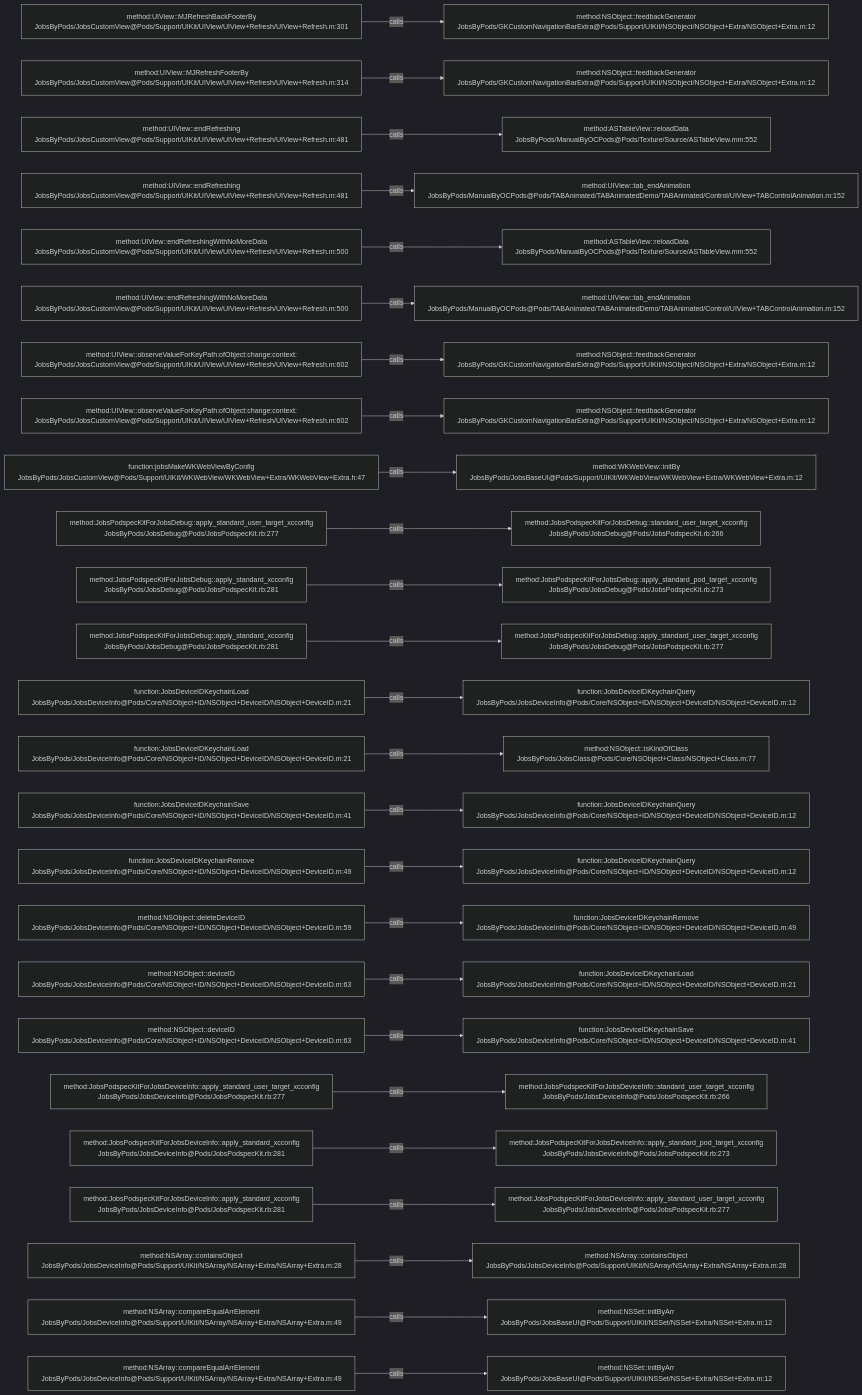
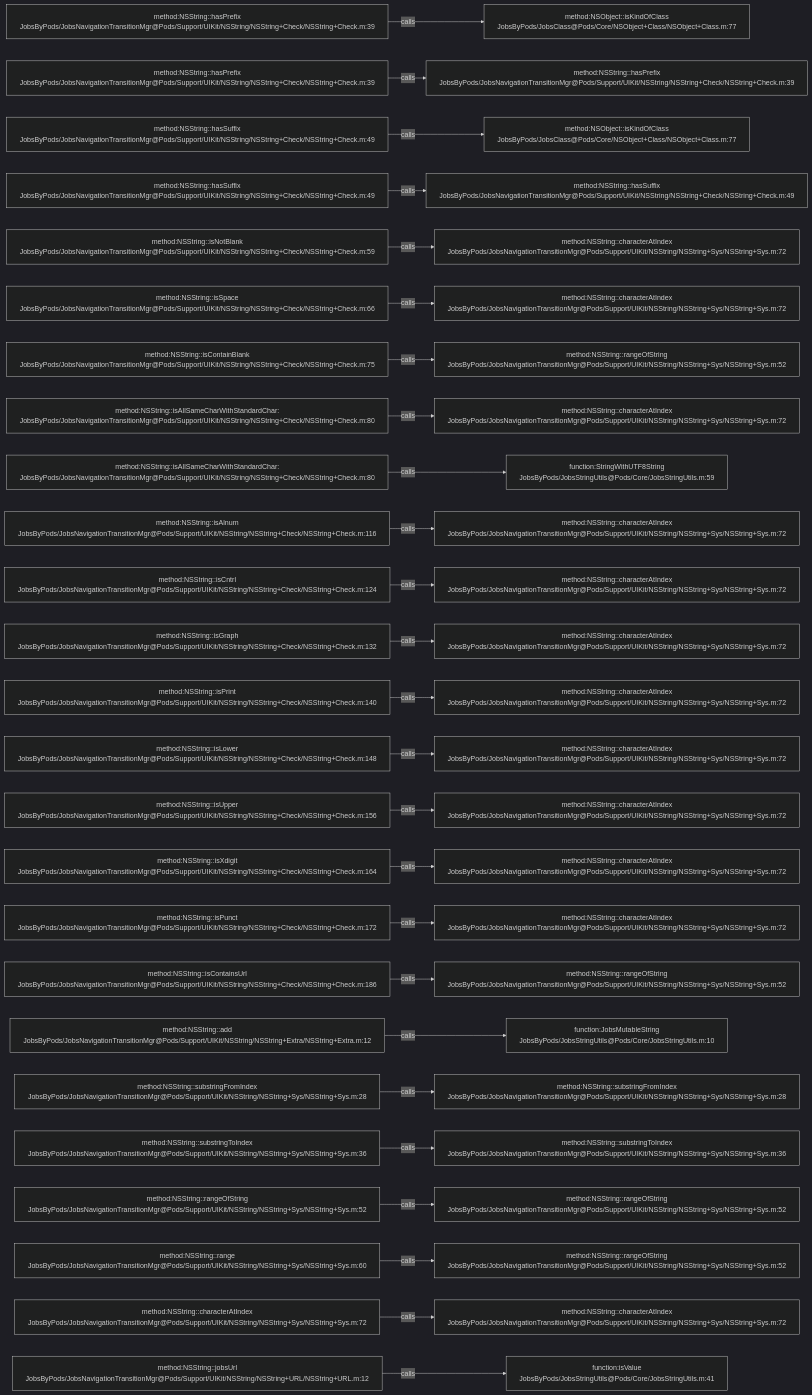
Before and after one commit to JobsKits/JobsOCBaseConfigDemo: the diagram in .codegraph/codegraph.md/graphs/calls-088.md, drawn with Mermaid (dark theme). The commit also changed 573 other files, not shown here.

````diff
--- a/.codegraph/codegraph.md/graphs/calls-088.md
+++ b/.codegraph/codegraph.md/graphs/calls-088.md
@@ -13,78 +13,78 @@
 ```mermaid
 flowchart LR
-  S1["method:UIView::MJRefreshBackFooterBy<br/>JobsByPods/JobsCustomView@Pods/Support/UIKit/UIView/UIView+Refresh/UIView+Refresh.m:301"]
-  T1["method:NSObject::feedbackGenerator<br/>JobsByPods/GKCustomNavigationBarExtra@Pods/Support/UIKit/NSObject/NSObject+Extra/NSObject+Extra.m:12"]
+  S1["method:NSString::hasPrefix<br/>JobsByPods/JobsNavigationTransitionMgr@Pods/Support/UIKit/NSString/NSString+Check/NSString+Check.m:39"]
+  T1["method:NSObject::isKindOfClass<br/>JobsByPods/JobsClass@Pods/Core/NSObject+Class/NSObject+Class.m:77"]
   S1 -->|calls| T1
-  S2["method:UIView::MJRefreshFooterBy<br/>JobsByPods/JobsCustomView@Pods/Support/UIKit/UIView/UIView+Refresh/UIView+Refresh.m:314"]
-  T2["method:NSObject::feedbackGenerator<br/>JobsByPods/GKCustomNavigationBarExtra@Pods/Support/UIKit/NSObject/NSObject+Extra/NSObject+Extra.m:12"]
+  S2["method:NSString::hasPrefix<br/>JobsByPods/JobsNavigationTransitionMgr@Pods/Support/UIKit/NSString/NSString+Check/NSString+Check.m:39"]
+  T2["method:NSString::hasPrefix<br/>JobsByPods/JobsNavigationTransitionMgr@Pods/Support/UIKit/NSString/NSString+Check/NSString+Check.m:39"]
   S2 -->|calls| T2
-  S3["method:UIView::endRefreshing<br/>JobsByPods/JobsCustomView@Pods/Support/UIKit/UIView/UIView+Refresh/UIView+Refresh.m:481"]
-  T3["method:ASTableView::reloadData<br/>JobsByPods/ManualByOCPods@Pods/Texture/Source/ASTableView.mm:552"]
+  S3["method:NSString::hasSuffix<br/>JobsByPods/JobsNavigationTransitionMgr@Pods/Support/UIKit/NSString/NSString+Check/NSString+Check.m:49"]
+  T3["method:NSObject::isKindOfClass<br/>JobsByPods/JobsClass@Pods/Core/NSObject+Class/NSObject+Class.m:77"]
   S3 -->|calls| T3
-  S4["method:UIView::endRefreshing<br/>JobsByPods/JobsCustomView@Pods/Support/UIKit/UIView/UIView+Refresh/UIView+Refresh.m:481"]
-  T4["method:UIView::tab_endAnimation<br/>JobsByPods/ManualByOCPods@Pods/TABAnimated/TABAnimatedDemo/TABAnimated/Control/UIView+TABControlAnimation.m:152"]
+  S4["method:NSString::hasSuffix<br/>JobsByPods/JobsNavigationTransitionMgr@Pods/Support/UIKit/NSString/NSString+Check/NSString+Check.m:49"]
+  T4["method:NSString::hasSuffix<br/>JobsByPods/JobsNavigationTransitionMgr@Pods/Support/UIKit/NSString/NSString+Check/NSString+Check.m:49"]
   S4 -->|calls| T4
-  S5["method:UIView::endRefreshingWithNoMoreData<br/>JobsByPods/JobsCustomView@Pods/Support/UIKit/UIView/UIView+Refresh/UIView+Refresh.m:500"]
-  T5["method:ASTableView::reloadData<br/>JobsByPods/ManualByOCPods@Pods/Texture/Source/ASTableView.mm:552"]
+  S5["method:NSString::isNotBlank<br/>JobsByPods/JobsNavigationTransitionMgr@Pods/Support/UIKit/NSString/NSString+Check/NSString+Check.m:59"]
+  T5["method:NSString::characterAtIndex<br/>JobsByPods/JobsNavigationTransitionMgr@Pods/Support/UIKit/NSString/NSString+Sys/NSString+Sys.m:72"]
   S5 -->|calls| T5
-  S6["method:UIView::endRefreshingWithNoMoreData<br/>JobsByPods/JobsCustomView@Pods/Support/UIKit/UIView/UIView+Refresh/UIView+Refresh.m:500"]
-  T6["method:UIView::tab_endAnimation<br/>JobsByPods/ManualByOCPods@Pods/TABAnimated/TABAnimatedDemo/TABAnimated/Control/UIView+TABControlAnimation.m:152"]
+  S6["method:NSString::isSpace<br/>JobsByPods/JobsNavigationTransitionMgr@Pods/Support/UIKit/NSString/NSString+Check/NSString+Check.m:66"]
+  T6["method:NSString::characterAtIndex<br/>JobsByPods/JobsNavigationTransitionMgr@Pods/Support/UIKit/NSString/NSString+Sys/NSString+Sys.m:72"]
   S6 -->|calls| T6
-  S7["method:UIView::observeValueForKeyPath:ofObject:change:context:<br/>JobsByPods/JobsCustomView@Pods/Support/UIKit/UIView/UIView+Refresh/UIView+Refresh.m:602"]
-  T7["method:NSObject::feedbackGenerator<br/>JobsByPods/GKCustomNavigationBarExtra@Pods/Support/UIKit/NSObject/NSObject+Extra/NSObject+Extra.m:12"]
+  S7["method:NSString::isContainBlank<br/>JobsByPods/JobsNavigationTransitionMgr@Pods/Support/UIKit/NSString/NSString+Check/NSString+Check.m:75"]
+  T7["method:NSString::rangeOfString<br/>JobsByPods/JobsNavigationTransitionMgr@Pods/Support/UIKit/NSString/NSString+Sys/NSString+Sys.m:52"]
   S7 -->|calls| T7
-  S8["method:UIView::observeValueForKeyPath:ofObject:change:context:<br/>JobsByPods/JobsCustomView@Pods/Support/UIKit/UIView/UIView+Refresh/UIView+Refresh.m:602"]
-  T8["method:NSObject::feedbackGenerator<br/>JobsByPods/GKCustomNavigationBarExtra@Pods/Support/UIKit/NSObject/NSObject+Extra/NSObject+Extra.m:12"]
+  S8["method:NSString::isAllSameCharWithStandardChar:<br/>JobsByPods/JobsNavigationTransitionMgr@Pods/Support/UIKit/NSString/NSString+Check/NSString+Check.m:80"]
+  T8["method:NSString::characterAtIndex<br/>JobsByPods/JobsNavigationTransitionMgr@Pods/Support/UIKit/NSString/NSString+Sys/NSString+Sys.m:72"]
   S8 -->|calls| T8
-  S9["function:jobsMakeWKWebViewByConfig<br/>JobsByPods/JobsCustomView@Pods/Support/UIKit/WKWebView/WKWebView+Extra/WKWebView+Extra.h:47"]
-  T9["method:WKWebView::initBy<br/>JobsByPods/JobsBaseUI@Pods/Support/UIKit/WKWebView/WKWebView+Extra/WKWebView+Extra.m:12"]
+  S9["method:NSString::isAllSameCharWithStandardChar:<br/>JobsByPods/JobsNavigationTransitionMgr@Pods/Support/UIKit/NSString/NSString+Check/NSString+Check.m:80"]
+  T9["function:StringWithUTF8String<br/>JobsByPods/JobsStringUtils@Pods/Core/JobsStringUtils.m:59"]
   S9 -->|calls| T9
-  S10["method:JobsPodspecKitForJobsDebug::apply_standard_user_target_xcconfig<br/>JobsByPods/JobsDebug@Pods/JobsPodspecKit.rb:277"]
-  T10["method:JobsPodspecKitForJobsDebug::standard_user_target_xcconfig<br/>JobsByPods/JobsDebug@Pods/JobsPodspecKit.rb:266"]
+  S10["method:NSString::isAlnum<br/>JobsByPods/JobsNavigationTransitionMgr@Pods/Support/UIKit/NSString/NSString+Check/NSString+Check.m:116"]
+  T10["method:NSString::characterAtIndex<br/>JobsByPods/JobsNavigationTransitionMgr@Pods/Support/UIKit/NSString/NSString+Sys/NSString+Sys.m:72"]
   S10 -->|calls| T10
-  S11["method:JobsPodspecKitForJobsDebug::apply_standard_xcconfig<br/>JobsByPods/JobsDebug@Pods/JobsPodspecKit.rb:281"]
-  T11["method:JobsPodspecKitForJobsDebug::apply_standard_pod_target_xcconfig<br/>JobsByPods/JobsDebug@Pods/JobsPodspecKit.rb:273"]
+  S11["method:NSString::isCntrl<br/>JobsByPods/JobsNavigationTransitionMgr@Pods/Support/UIKit/NSString/NSString+Check/NSString+Check.m:124"]
+  T11["method:NSString::characterAtIndex<br/>JobsByPods/JobsNavigationTransitionMgr@Pods/Support/UIKit/NSString/NSString+Sys/NSString+Sys.m:72"]
   S11 -->|calls| T11
-  S12["method:JobsPodspecKitForJobsDebug::apply_standard_xcconfig<br/>JobsByPods/JobsDebug@Pods/JobsPodspecKit.rb:281"]
-  T12["method:JobsPodspecKitForJobsDebug::apply_standard_user_target_xcconfig<br/>JobsByPods/JobsDebug@Pods/JobsPodspecKit.rb:277"]
+  S12["method:NSString::isGraph<br/>JobsByPods/JobsNavigationTransitionMgr@Pods/Support/UIKit/NSString/NSString+Check/NSString+Check.m:132"]
+  T12["method:NSString::characterAtIndex<br/>JobsByPods/JobsNavigationTransitionMgr@Pods/Support/UIKit/NSString/NSString+Sys/NSString+Sys.m:72"]
   S12 -->|calls| T12
-  S13["function:JobsDeviceIDKeychainLoad<br/>JobsByPods/JobsDeviceInfo@Pods/Core/NSObject+ID/NSObject+DeviceID/NSObject+DeviceID.m:21"]
-  T13["function:JobsDeviceIDKeychainQuery<br/>JobsByPods/JobsDeviceInfo@Pods/Core/NSObject+ID/NSObject+DeviceID/NSObject+DeviceID.m:12"]
+  S13["method:NSString::isPrint<br/>JobsByPods/JobsNavigationTransitionMgr@Pods/Support/UIKit/NSString/NSString+Check/NSString+Check.m:140"]
+  T13["method:NSString::characterAtIndex<br/>JobsByPods/JobsNavigationTransitionMgr@Pods/Support/UIKit/NSString/NSString+Sys/NSString+Sys.m:72"]
   S13 -->|calls| T13
-  S14["function:JobsDeviceIDKeychainLoad<br/>JobsByPods/JobsDeviceInfo@Pods/Core/NSObject+ID/NSObject+DeviceID/NSObject+DeviceID.m:21"]
-  T14["method:NSObject::isKindOfClass<br/>JobsByPods/JobsClass@Pods/Core/NSObject+Class/NSObject+Class.m:77"]
+  S14["method:NSString::isLower<br/>JobsByPods/JobsNavigationTransitionMgr@Pods/Support/UIKit/NSString/NSString+Check/NSString+Check.m:148"]
+  T14["method:NSString::characterAtIndex<br/>JobsByPods/JobsNavigationTransitionMgr@Pods/Support/UIKit/NSString/NSString+Sys/NSString+Sys.m:72"]
   S14 -->|calls| T14
-  S15["function:JobsDeviceIDKeychainSave<br/>JobsByPods/JobsDeviceInfo@Pods/Core/NSObject+ID/NSObject+DeviceID/NSObject+DeviceID.m:41"]
-  T15["function:JobsDeviceIDKeychainQuery<br/>JobsByPods/JobsDeviceInfo@Pods/Core/NSObject+ID/NSObject+DeviceID/NSObject+DeviceID.m:12"]
+  S15["method:NSString::isUpper<br/>JobsByPods/JobsNavigationTransitionMgr@Pods/Support/UIKit/NSString/NSString+Check/NSString+Check.m:156"]
+  T15["method:NSString::characterAtIndex<br/>JobsByPods/JobsNavigationTransitionMgr@Pods/Support/UIKit/NSString/NSString+Sys/NSString+Sys.m:72"]
   S15 -->|calls| T15
-  S16["function:JobsDeviceIDKeychainRemove<br/>JobsByPods/JobsDeviceInfo@Pods/Core/NSObject+ID/NSObject+DeviceID/NSObject+DeviceID.m:49"]
-  T16["function:JobsDeviceIDKeychainQuery<br/>JobsByPods/JobsDeviceInfo@Pods/Core/NSObject+ID/NSObject+DeviceID/NSObject+DeviceID.m:12"]
+  S16["method:NSString::isXdigit<br/>JobsByPods/JobsNavigationTransitionMgr@Pods/Support/UIKit/NSString/NSString+Check/NSString+Check.m:164"]
+  T16["method:NSString::characterAtIndex<br/>JobsByPods/JobsNavigationTransitionMgr@Pods/Support/UIKit/NSString/NSString+Sys/NSString+Sys.m:72"]
   S16 -->|calls| T16
-  S17["method:NSObject::deleteDeviceID<br/>JobsByPods/JobsDeviceInfo@Pods/Core/NSObject+ID/NSObject+DeviceID/NSObject+DeviceID.m:59"]
-  T17["function:JobsDeviceIDKeychainRemove<br/>JobsByPods/JobsDeviceInfo@Pods/Core/NSObject+ID/NSObject+DeviceID/NSObject+DeviceID.m:49"]
+  S17["method:NSString::isPunct<br/>JobsByPods/JobsNavigationTransitionMgr@Pods/Support/UIKit/NSString/NSString+Check/NSString+Check.m:172"]
+  T17["method:NSString::characterAtIndex<br/>JobsByPods/JobsNavigationTransitionMgr@Pods/Support/UIKit/NSString/NSString+Sys/NSString+Sys.m:72"]
   S17 -->|calls| T17
-  S18["method:NSObject::deviceID<br/>JobsByPods/JobsDeviceInfo@Pods/Core/NSObject+ID/NSObject+DeviceID/NSObject+DeviceID.m:63"]
-  T18["function:JobsDeviceIDKeychainLoad<br/>JobsByPods/JobsDeviceInfo@Pods/Core/NSObject+ID/NSObject+DeviceID/NSObject+DeviceID.m:21"]
+  S18["method:NSString::isContainsUrl<br/>JobsByPods/JobsNavigationTransitionMgr@Pods/Support/UIKit/NSString/NSString+Check/NSString+Check.m:186"]
+  T18["method:NSString::rangeOfString<br/>JobsByPods/JobsNavigationTransitionMgr@Pods/Support/UIKit/NSString/NSString+Sys/NSString+Sys.m:52"]
   S18 -->|calls| T18
-  S19["method:NSObject::deviceID<br/>JobsByPods/JobsDeviceInfo@Pods/Core/NSObject+ID/NSObject+DeviceID/NSObject+DeviceID.m:63"]
-  T19["function:JobsDeviceIDKeychainSave<br/>JobsByPods/JobsDeviceInfo@Pods/Core/NSObject+ID/NSObject+DeviceID/NSObject+DeviceID.m:41"]
+  S19["method:NSString::add<br/>JobsByPods/JobsNavigationTransitionMgr@Pods/Support/UIKit/NSString/NSString+Extra/NSString+Extra.m:12"]
+  T19["function:JobsMutableString<br/>JobsByPods/JobsStringUtils@Pods/Core/JobsStringUtils.m:10"]
   S19 -->|calls| T19
-  S20["method:JobsPodspecKitForJobsDeviceInfo::apply_standard_user_target_xcconfig<br/>JobsByPods/JobsDeviceInfo@Pods/JobsPodspecKit.rb:277"]
-  T20["method:JobsPodspecKitForJobsDeviceInfo::standard_user_target_xcconfig<br/>JobsByPods/JobsDeviceInfo@Pods/JobsPodspecKit.rb:266"]
+  S20["method:NSString::substringFromIndex<br/>JobsByPods/JobsNavigationTransitionMgr@Pods/Support/UIKit/NSString/NSString+Sys/NSString+Sys.m:28"]
+  T20["method:NSString::substringFromIndex<br/>JobsByPods/JobsNavigationTransitionMgr@Pods/Support/UIKit/NSString/NSString+Sys/NSString+Sys.m:28"]
   S20 -->|calls| T20
-  S21["method:JobsPodspecKitForJobsDeviceInfo::apply_standard_xcconfig<br/>JobsByPods/JobsDeviceInfo@Pods/JobsPodspecKit.rb:281"]
-  T21["method:JobsPodspecKitForJobsDeviceInfo::apply_standard_pod_target_xcconfig<br/>JobsByPods/JobsDeviceInfo@Pods/JobsPodspecKit.rb:273"]
+  S21["method:NSString::substringToIndex<br/>JobsByPods/JobsNavigationTransitionMgr@Pods/Support/UIKit/NSString/NSString+Sys/NSString+Sys.m:36"]
+  T21["method:NSString::substringToIndex<br/>JobsByPods/JobsNavigationTransitionMgr@Pods/Support/UIKit/NSString/NSString+Sys/NSString+Sys.m:36"]
   S21 -->|calls| T21
-  S22["method:JobsPodspecKitForJobsDeviceInfo::apply_standard_xcconfig<br/>JobsByPods/JobsDeviceInfo@Pods/JobsPodspecKit.rb:281"]
-  T22["method:JobsPodspecKitForJobsDeviceInfo::apply_standard_user_target_xcconfig<br/>JobsByPods/JobsDeviceInfo@Pods/JobsPodspecKit.rb:277"]
+  S22["method:NSString::rangeOfString<br/>JobsByPods/JobsNavigationTransitionMgr@Pods/Support/UIKit/NSString/NSString+Sys/NSString+Sys.m:52"]
+  T22["method:NSString::rangeOfString<br/>JobsByPods/JobsNavigationTransitionMgr@Pods/Support/UIKit/NSString/NSString+Sys/NSString+Sys.m:52"]
   S22 -->|calls| T22
-  S23["method:NSArray::containsObject<br/>JobsByPods/JobsDeviceInfo@Pods/Support/UIKit/NSArray/NSArray+Extra/NSArray+Extra.m:28"]
-  T23["method:NSArray::containsObject<br/>JobsByPods/JobsDeviceInfo@Pods/Support/UIKit/NSArray/NSArray+Extra/NSArray+Extra.m:28"]
+  S23["method:NSString::range<br/>JobsByPods/JobsNavigationTransitionMgr@Pods/Support/UIKit/NSString/NSString+Sys/NSString+Sys.m:60"]
+  T23["method:NSString::rangeOfString<br/>JobsByPods/JobsNavigationTransitionMgr@Pods/Support/UIKit/NSString/NSString+Sys/NSString+Sys.m:52"]
   S23 -->|calls| T23
-  S24["method:NSArray::compareEqualArrElement<br/>JobsByPods/JobsDeviceInfo@Pods/Support/UIKit/NSArray/NSArray+Extra/NSArray+Extra.m:49"]
-  T24["method:NSSet::initByArr<br/>JobsByPods/JobsBaseUI@Pods/Support/UIKit/NSSet/NSSet+Extra/NSSet+Extra.m:12"]
+  S24["method:NSString::characterAtIndex<br/>JobsByPods/JobsNavigationTransitionMgr@Pods/Support/UIKit/NSString/NSString+Sys/NSString+Sys.m:72"]
+  T24["method:NSString::characterAtIndex<br/>JobsByPods/JobsNavigationTransitionMgr@Pods/Support/UIKit/NSString/NSString+Sys/NSString+Sys.m:72"]
   S24 -->|calls| T24
-  S25["method:NSArray::compareEqualArrElement<br/>JobsByPods/JobsDeviceInfo@Pods/Support/UIKit/NSArray/NSArray+Extra/NSArray+Extra.m:49"]
-  T25["method:NSSet::initByArr<br/>JobsByPods/JobsBaseUI@Pods/Support/UIKit/NSSet/NSSet+Extra/NSSet+Extra.m:12"]
+  S25["method:NSString::jobsUrl<br/>JobsByPods/JobsNavigationTransitionMgr@Pods/Support/UIKit/NSString/NSString+URL/NSString+URL.m:12"]
+  T25["function:isValue<br/>JobsByPods/JobsStringUtils@Pods/Core/JobsStringUtils.m:41"]
   S25 -->|calls| T25
 ```
````
